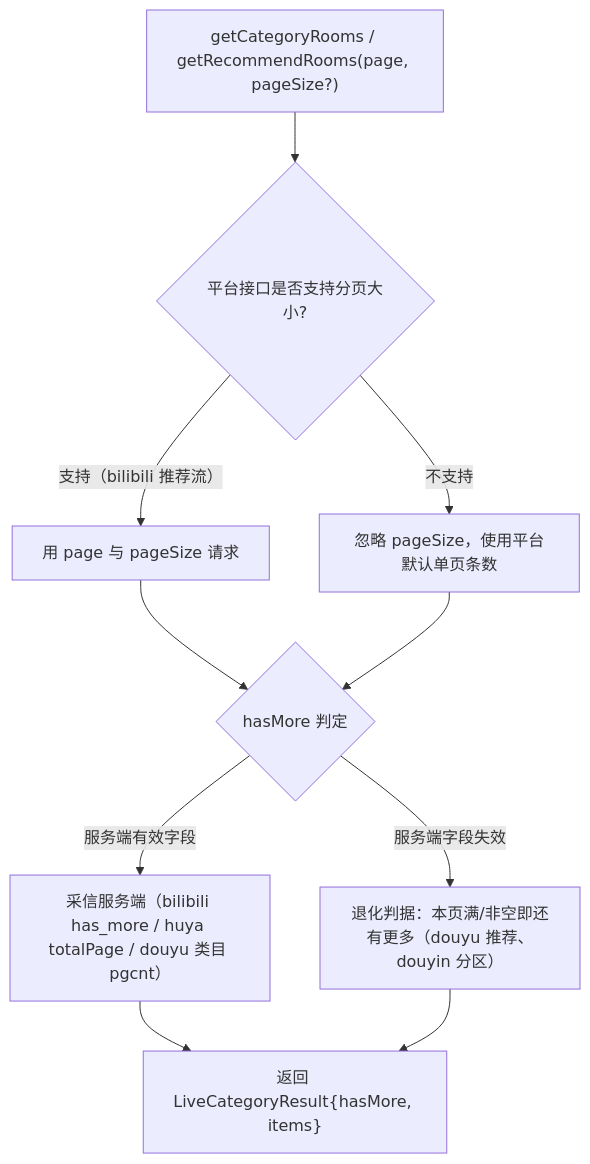
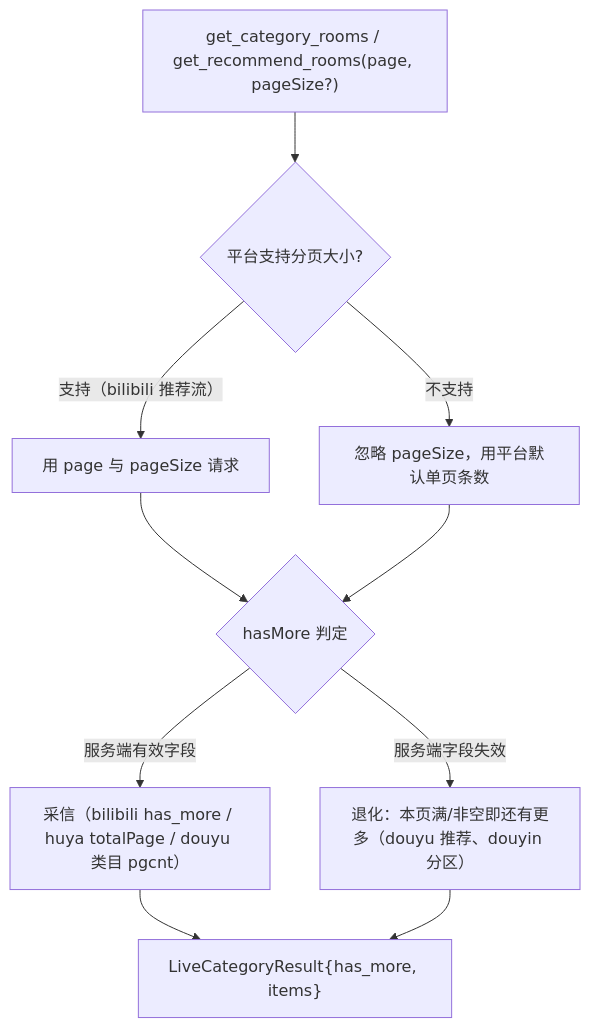
Before and after one commit to gaoxing64/dart_simple_live: the fifth of 12 diagrams in simple_live_core/doc/workflow-diagram.md, drawn with Mermaid. The commit also changed other lines of this file and 8 other files, not shown here.

````diff
--- a/simple_live_core/doc/workflow-diagram.md
+++ b/simple_live_core/doc/workflow-diagram.md
@@ -143,12 +146,12 @@
 ```mermaid
 flowchart TD
-    A["getCategoryRooms / getRecommendRooms(page, pageSize?)"] --> B{"平台接口是否支持分页大小?"}
+    A["get_category_rooms / get_recommend_rooms(page, pageSize?)"] --> B{"平台支持分页大小?"}
     B -- "支持（bilibili 推荐流）" --> C["用 page 与 pageSize 请求"]
-    B -- "不支持" --> D["忽略 pageSize，使用平台默认单页条数"]
+    B -- "不支持" --> D["忽略 pageSize，用平台默认单页条数"]
     C --> E{"hasMore 判定"}
     D --> E
-    E -- "服务端有效字段" --> F["采信服务端（bilibili has_more / huya totalPage / douyu 类目 pgcnt）"]
-    E -- "服务端字段失效" --> G["退化判据：本页满/非空即还有更多（douyu 推荐、douyin 分区）"]
-    F --> H["返回 LiveCategoryResult{hasMore, items}"]
+    E -- "服务端有效字段" --> F["采信（bilibili has_more / huya totalPage / douyu 类目 pgcnt）"]
+    E -- "服务端字段失效" --> G["退化：本页满/非空即还有更多（douyu 推荐、douyin 分区）"]
+    F --> H["LiveCategoryResult{has_more, items}"]
     G --> H
 ```
````
